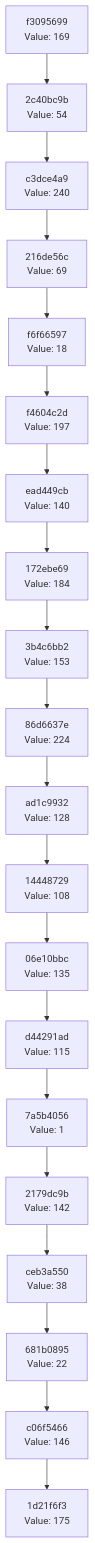
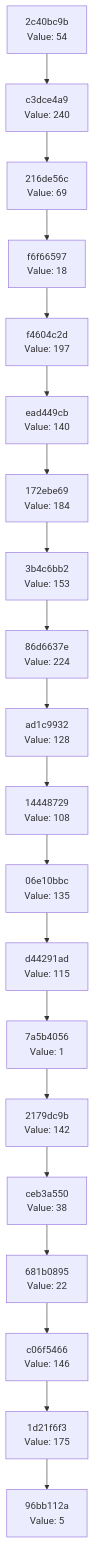
One commit to Abhisheksinha1506/hash-chain-evolver changed the diagram in docs/CHAIN_VISUALIZATION.md. Above: the diagram before and after it, drawn with Mermaid. The commit also changed 2 other files, not shown here.

Commit message:
Evolution step: hash 0x05 → action executed

````diff
--- a/docs/CHAIN_VISUALIZATION.md
+++ b/docs/CHAIN_VISUALIZATION.md
@@ -3,42 +3,42 @@
 ```mermaid
 graph TD
-    C0["1d21f6f3<br/>Value: 175"]
-    C1["c06f5466<br/>Value: 146"]
+    C0["96bb112a<br/>Value: 5"]
+    C1["1d21f6f3<br/>Value: 175"]
     C1 --> C0
-    C2["681b0895<br/>Value: 22"]
+    C2["c06f5466<br/>Value: 146"]
     C2 --> C1
-    C3["ceb3a550<br/>Value: 38"]
+    C3["681b0895<br/>Value: 22"]
     C3 --> C2
-    C4["2179dc9b<br/>Value: 142"]
+    C4["ceb3a550<br/>Value: 38"]
     C4 --> C3
-    C5["7a5b4056<br/>Value: 1"]
+    C5["2179dc9b<br/>Value: 142"]
     C5 --> C4
-    C6["d44291ad<br/>Value: 115"]
+    C6["7a5b4056<br/>Value: 1"]
     C6 --> C5
-    C7["06e10bbc<br/>Value: 135"]
+    C7["d44291ad<br/>Value: 115"]
     C7 --> C6
-    C8["14448729<br/>Value: 108"]
+    C8["06e10bbc<br/>Value: 135"]
     C8 --> C7
-    C9["ad1c9932<br/>Value: 128"]
+    C9["14448729<br/>Value: 108"]
     C9 --> C8
-    C10["86d6637e<br/>Value: 224"]
+    C10["ad1c9932<br/>Value: 128"]
     C10 --> C9
-    C11["3b4c6bb2<br/>Value: 153"]
+    C11["86d6637e<br/>Value: 224"]
     C11 --> C10
-    C12["172ebe69<br/>Value: 184"]
+    C12["3b4c6bb2<br/>Value: 153"]
     C12 --> C11
-    C13["ead449cb<br/>Value: 140"]
+    C13["172ebe69<br/>Value: 184"]
     C13 --> C12
-    C14["f4604c2d<br/>Value: 197"]
+    C14["ead449cb<br/>Value: 140"]
     C14 --> C13
-    C15["f6f66597<br/>Value: 18"]
+    C15["f4604c2d<br/>Value: 197"]
     C15 --> C14
-    C16["216de56c<br/>Value: 69"]
+    C16["f6f66597<br/>Value: 18"]
     C16 --> C15
-    C17["c3dce4a9<br/>Value: 240"]
+    C17["216de56c<br/>Value: 69"]
     C17 --> C16
-    C18["2c40bc9b<br/>Value: 54"]
+    C18["c3dce4a9<br/>Value: 240"]
     C18 --> C17
-    C19["f3095699<br/>Value: 169"]
+    C19["2c40bc9b<br/>Value: 54"]
     C19 --> C18
 ```
````
